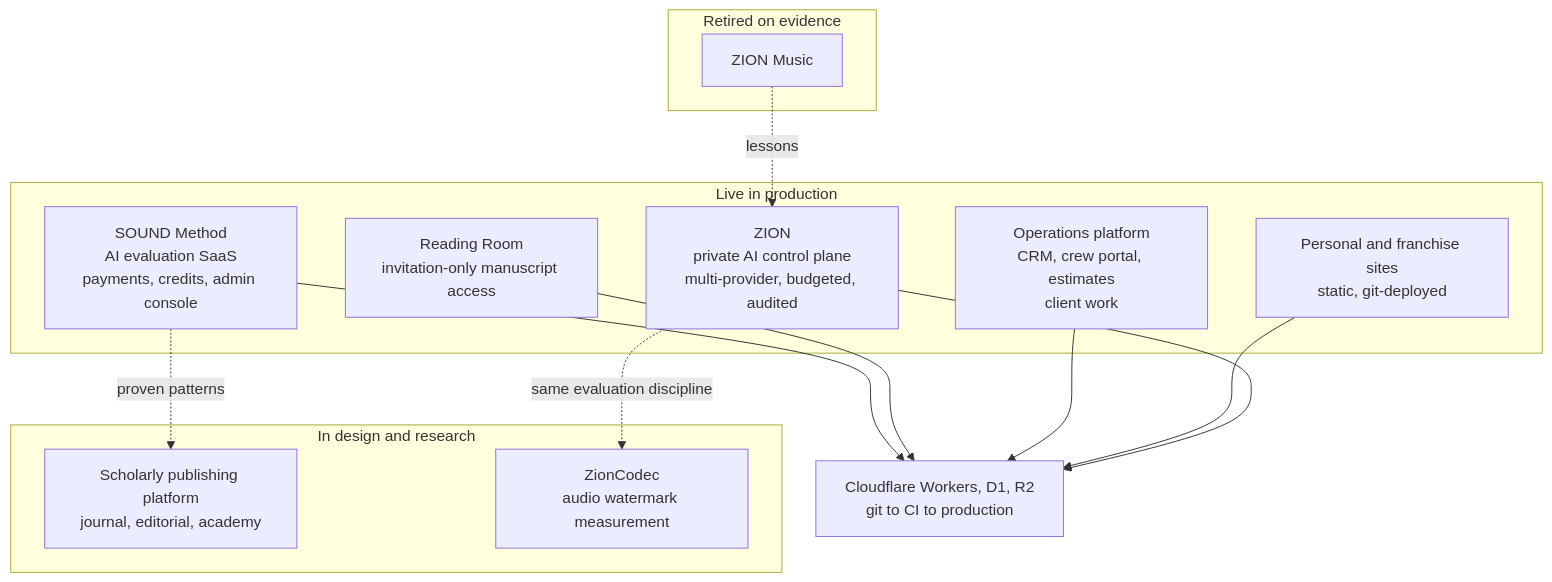
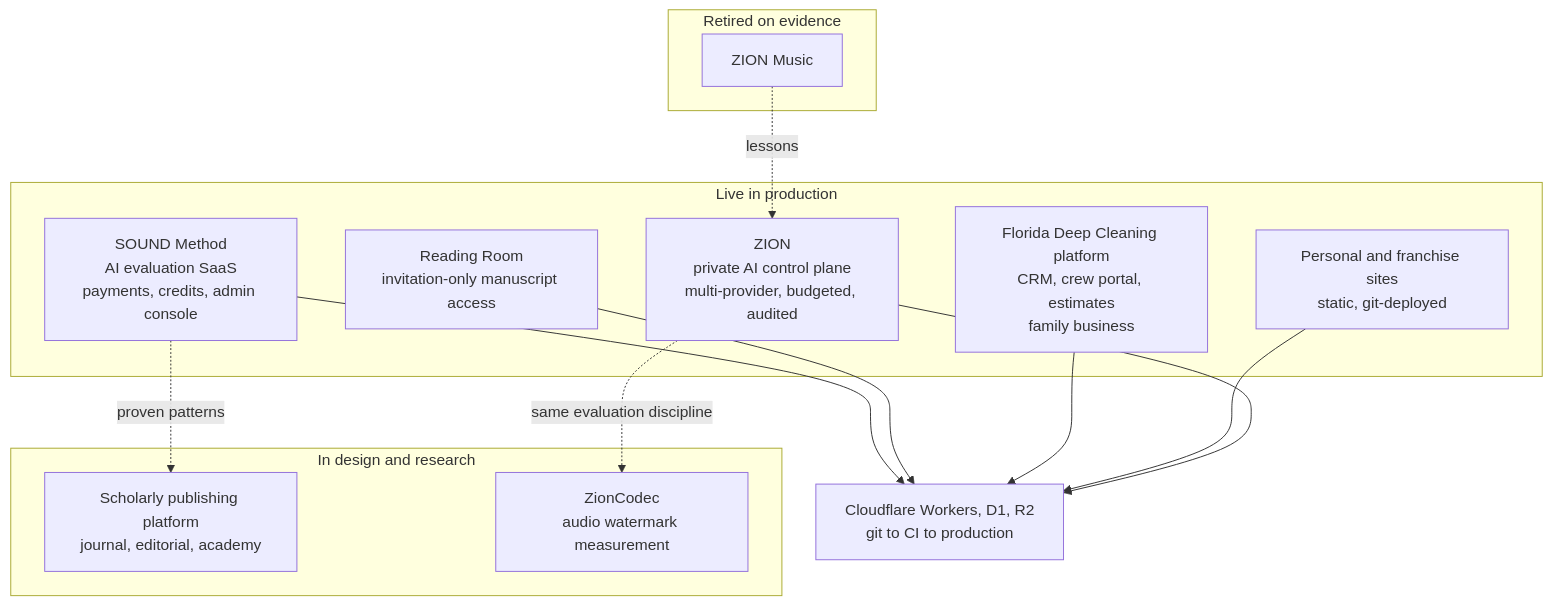
Before and after one commit to bgmm007/engineering-portfolio: the diagram in README.md, drawn with Mermaid. The commit also changed other lines of this file and 2 other files, not shown here.

Commit message:
Name Florida Deep Cleaning and Nielsen; wording updates

````diff
--- a/README.md
+++ b/README.md
@@ -20,23 +20,23 @@
 ```mermaid
 flowchart TB
     subgraph Live["Live in production"]
         SM["SOUND Method<br/>AI evaluation SaaS<br/>payments, credits, admin console"]
         RR["Reading Room<br/>invitation-only manuscript access"]
-        OPS["Operations platform<br/>CRM, crew portal, estimates<br/>client work"]
+        OPS["Florida Deep Cleaning platform<br/>CRM, crew portal, estimates<br/>family business"]
         WEB["Personal and franchise sites<br/>static, git-deployed"]
         ZN["ZION<br/>private AI control plane<br/>multi-provider, budgeted, audited"]
     end
     subgraph Design["In design and research"]
         PL["Scholarly publishing platform<br/>journal, editorial, academy"]
         ZC["ZionCodec<br/>audio watermark measurement"]
     end
     subgraph Retired["Retired on evidence"]
         ZM["ZION Music"]
     end
 
     INFRA["Cloudflare Workers, D1, R2<br/>git to CI to production"]
     SM & RR & OPS & WEB & ZN --> INFRA
     ZN -. "same evaluation discipline" .-> ZC
     ZM -. "lessons" .-> ZN
     SM -. "proven patterns" .-> PL
 ```
````
